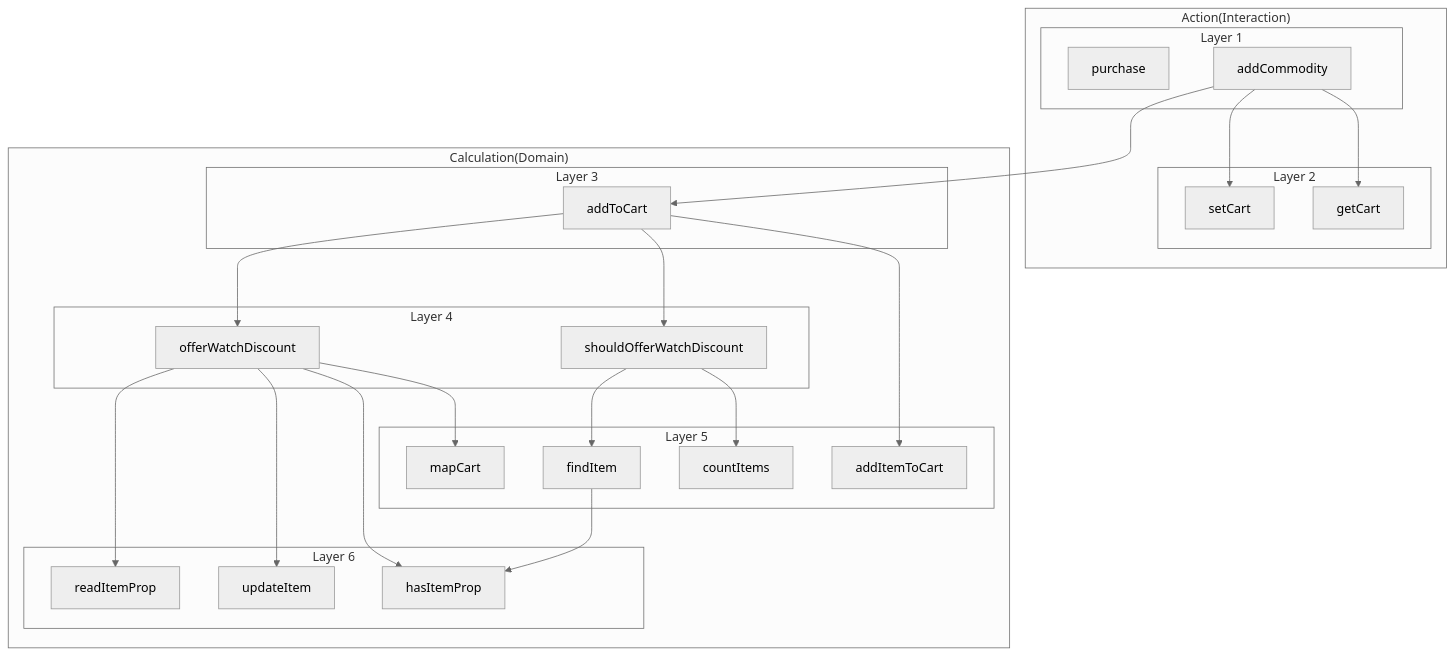
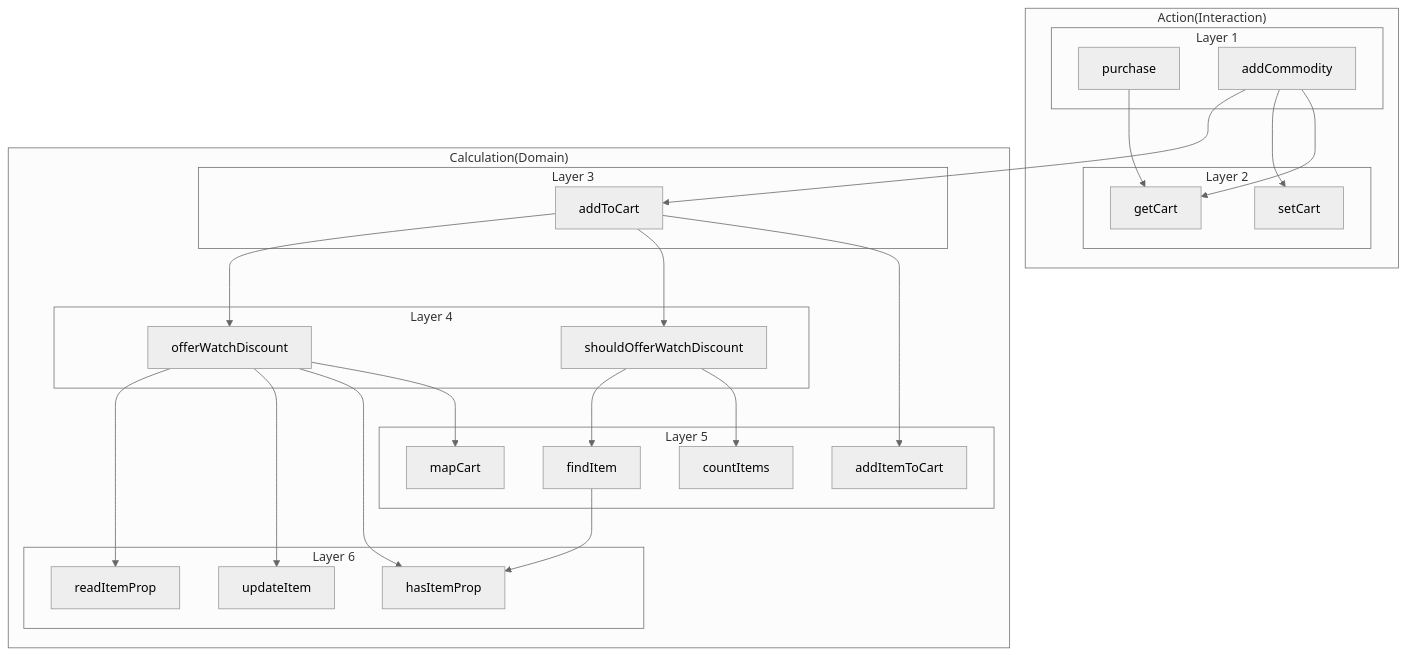
Before and after one commit to anisotropy/react-with-onion-architecture: the first of 2 diagrams in sampleCode/README.md, drawn with Mermaid (neutral theme).

Commit message:
Sample-code: fix graph in README

````diff
--- a/sampleCode/README.md
+++ b/sampleCode/README.md
@@ -17,47 +17,48 @@
 ```mermaid
 flowchart TD
   subgraph A["Action(Interaction)"]
     subgraph L1["Layer 1"]
       PC["purchase"]
       AC["addCommodity"]
     end
     subgraph L2["Layer 2"]
       SC["setCart"]
       GC["getCart"]
     end
   end
   subgraph C["Calculation(Domain)"]
     subgraph L3["Layer 3"]
       ATC["addToCart"]
     end
     subgraph L4["Layer 4"]
       SOWD["shouldOfferWatchDiscount"]
       OWD["offerWatchDiscount"]
     end
     subgraph L5["Layer 5"]
       AITC["addItemToCart"]
       MC["mapCart"]
       CI["countItems"]
       FI["findItem"]
     end
     subgraph L6["Layer 6"]
       RIP["readItemProp"]
       HIP["hasItemProp"]
       UI["updateItem"]
     end
   end
+	PC --> GC
   AC --> GC
   AC --> SC
   AC --> ATC
   ATC --> AITC
   ATC --> SOWD
   ATC --> OWD
   SOWD --> CI
   SOWD --> FI
   OWD --> MC
   OWD --> HIP
   OWD --> UI
   OWD --> RIP
   FI --> HIP
 
 ```
````
